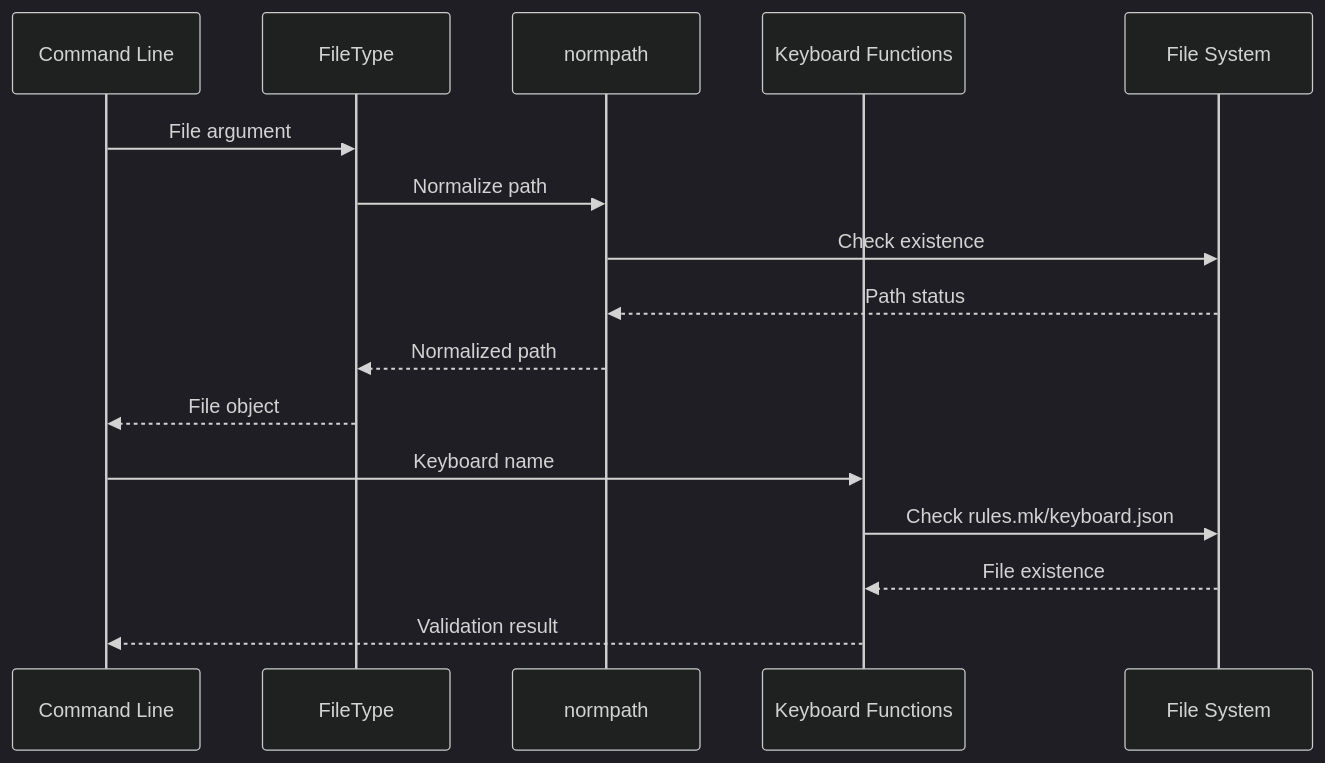
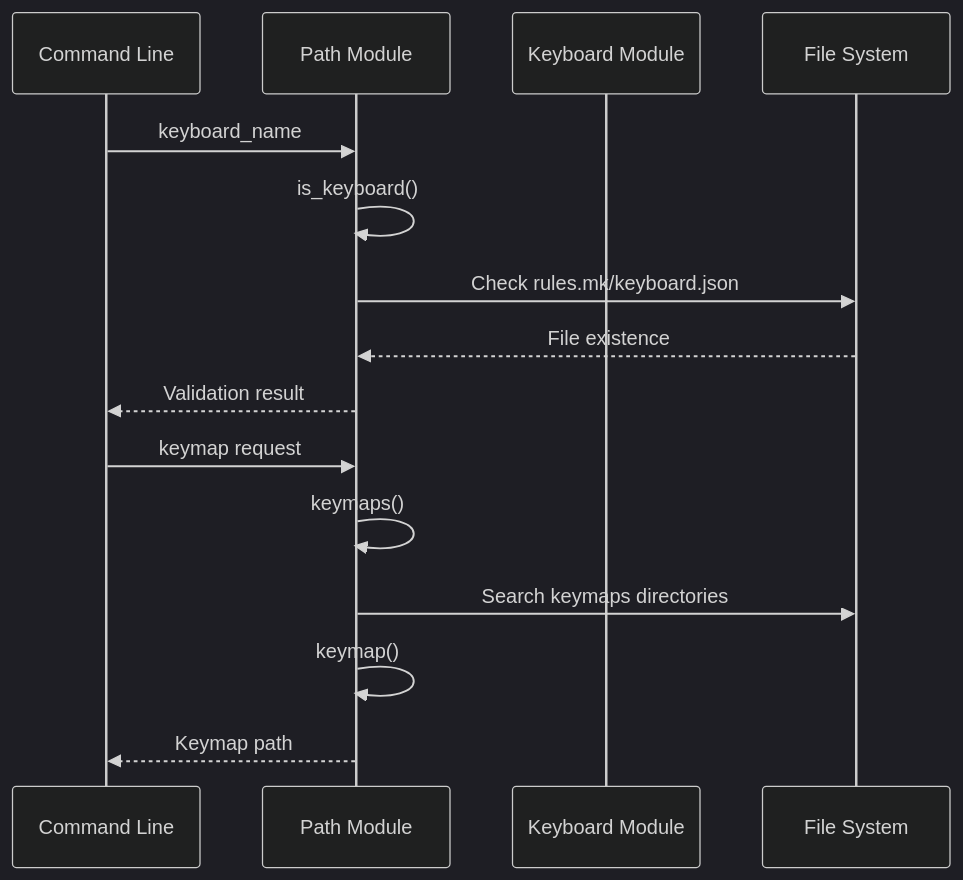
Before and after one commit to FSoft-AI4Code/codewiki-demo: the third of 4 diagrams in docs/qmk--qmk_firmware-docs/path.md, drawn with Mermaid (dark theme). The commit also changed other lines of this file and 1103 other files, not shown here.

````diff
--- a/docs/qmk--qmk_firmware-docs/path.md
+++ b/docs/qmk--qmk_firmware-docs/path.md
@@ -91,20 +131,19 @@
 ```mermaid
 sequenceDiagram
     participant CLI as Command Line
-    participant FT as FileType
-    participant NP as normpath
-    participant KB as Keyboard Functions
-    participant FS as File System
+    participant Path as Path Module
+    participant Keyboard as Keyboard Module
+    participant FileSystem as File System
     
-    CLI->>FT: File argument
-    FT->>NP: Normalize path
-    NP->>FS: Check existence
-    FS-->>NP: Path status
-    NP-->>FT: Normalized path
-    FT-->>CLI: File object
+    CLI->>Path: keyboard_name
+    Path->>Path: is_keyboard()
+    Path->>FileSystem: Check rules.mk/keyboard.json
+    FileSystem-->>Path: File existence
+    Path-->>CLI: Validation result
     
-    CLI->>KB: Keyboard name
-    KB->>FS: Check rules.mk/keyboard.json
-    FS-->>KB: File existence
-    KB-->>CLI: Validation result
+    CLI->>Path: keymap request
+    Path->>Path: keymaps()
+    Path->>FileSystem: Search keymaps directories
+    Path->>Path: keymap()
+    Path-->>CLI: Keymap path
 ```
````
